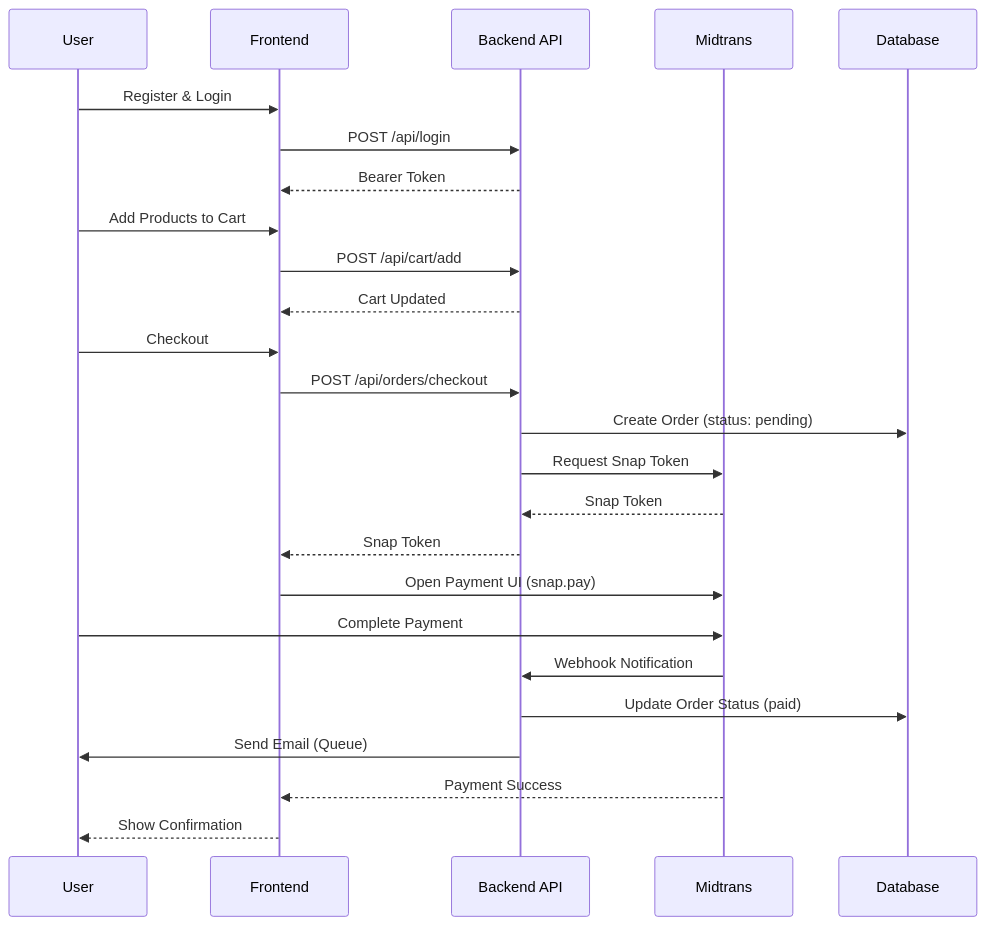
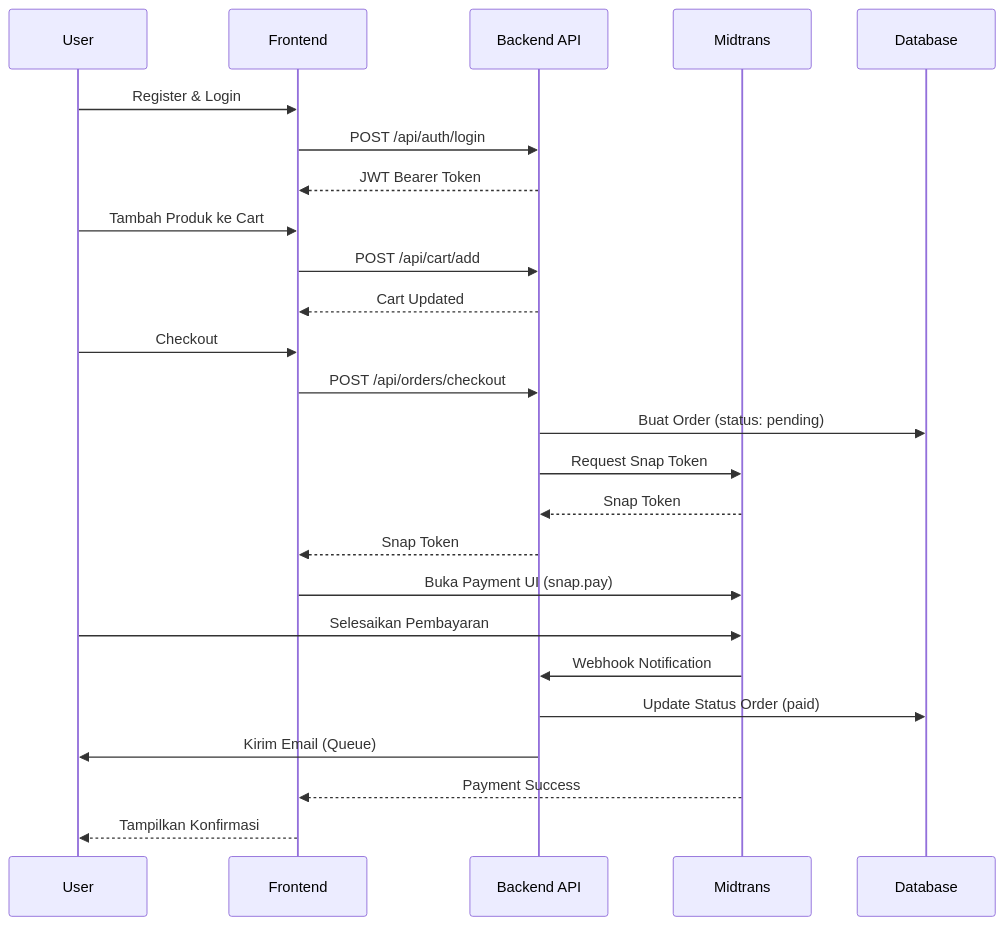
One commit to saulsanto22/payment-gateway-simple-api- changed the diagram in README.md. Above: the diagram before and after it, drawn with Mermaid. The commit also changed other lines of this file and 1 other file, not shown here.

````diff
--- a/README.md
+++ b/README.md
@@ -346,31 +350,31 @@
 ```mermaid
 sequenceDiagram
     participant U as User
     participant FE as Frontend
     participant BE as Backend API
     participant MT as Midtrans
     participant DB as Database
 
     U->>FE: Register & Login
-    FE->>BE: POST /api/login
-    BE-->>FE: Bearer Token
+    FE->>BE: POST /api/auth/login
+    BE-->>FE: JWT Bearer Token
     
-    U->>FE: Add Products to Cart
+    U->>FE: Tambah Produk ke Cart
     FE->>BE: POST /api/cart/add
     BE-->>FE: Cart Updated
     
     U->>FE: Checkout
     FE->>BE: POST /api/orders/checkout
-    BE->>DB: Create Order (status: pending)
+    BE->>DB: Buat Order (status: pending)
     BE->>MT: Request Snap Token
     MT-->>BE: Snap Token
     BE-->>FE: Snap Token
     
-    FE->>MT: Open Payment UI (snap.pay)
-    U->>MT: Complete Payment
+    FE->>MT: Buka Payment UI (snap.pay)
+    U->>MT: Selesaikan Pembayaran
     MT->>BE: Webhook Notification
-    BE->>DB: Update Order Status (paid)
-    BE->>U: Send Email (Queue)
+    BE->>DB: Update Status Order (paid)
+    BE->>U: Kirim Email (Queue)
     MT-->>FE: Payment Success
-    FE-->>U: Show Confirmation
+    FE-->>U: Tampilkan Konfirmasi
 ```
````
